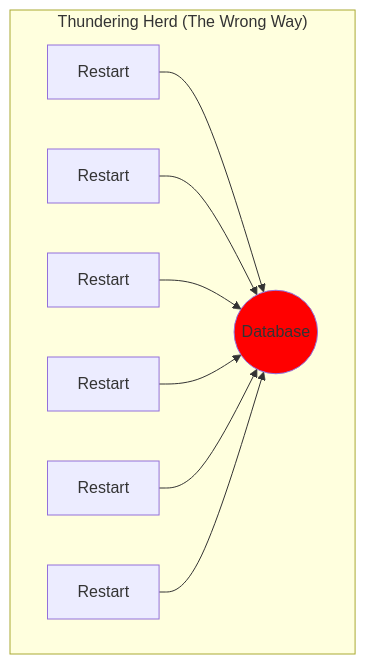
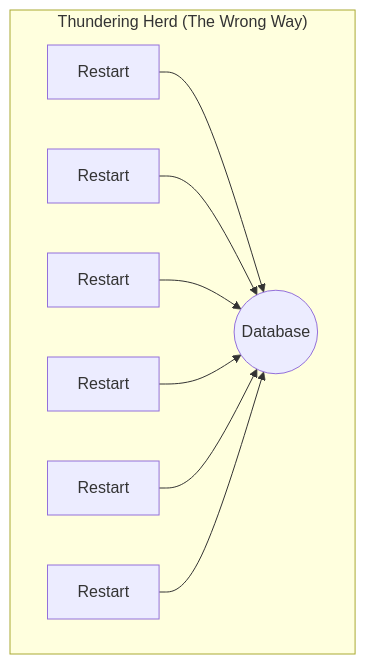
One commit to isaaclins/isaaclins.github.io changed the fifth of 6 diagrams in content/blog/google-took-down-the-internet.md. Above: the diagram before and after it, drawn with Mermaid. The commit also changed other lines of this file and 2 other files, not shown here.

Commit message:
style: Remove unused styles from diagrams in blog posts

````diff
--- a/content/blog/google-took-down-the-internet.md
+++ b/content/blog/google-took-down-the-internet.md
@@ -107,12 +104,11 @@
 ```mermaid
 graph TD
     subgraph "Thundering Herd (The Wrong Way)"
         A[Restart] --> B((Database));
         C[Restart] --> B;
         D[Restart] --> B;
         E[Restart] --> B;
         F[Restart] --> B;
         G[Restart] --> B;
-        style B fill:#f00
     end
 ```
````
